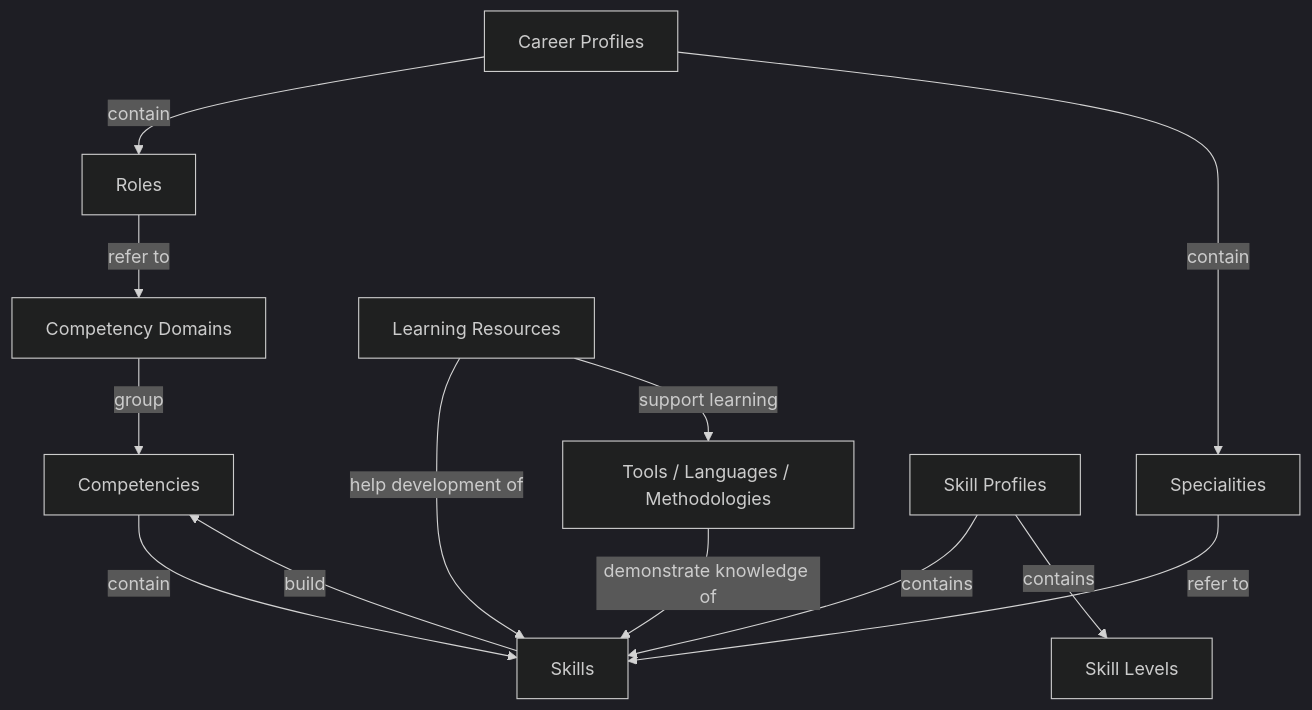
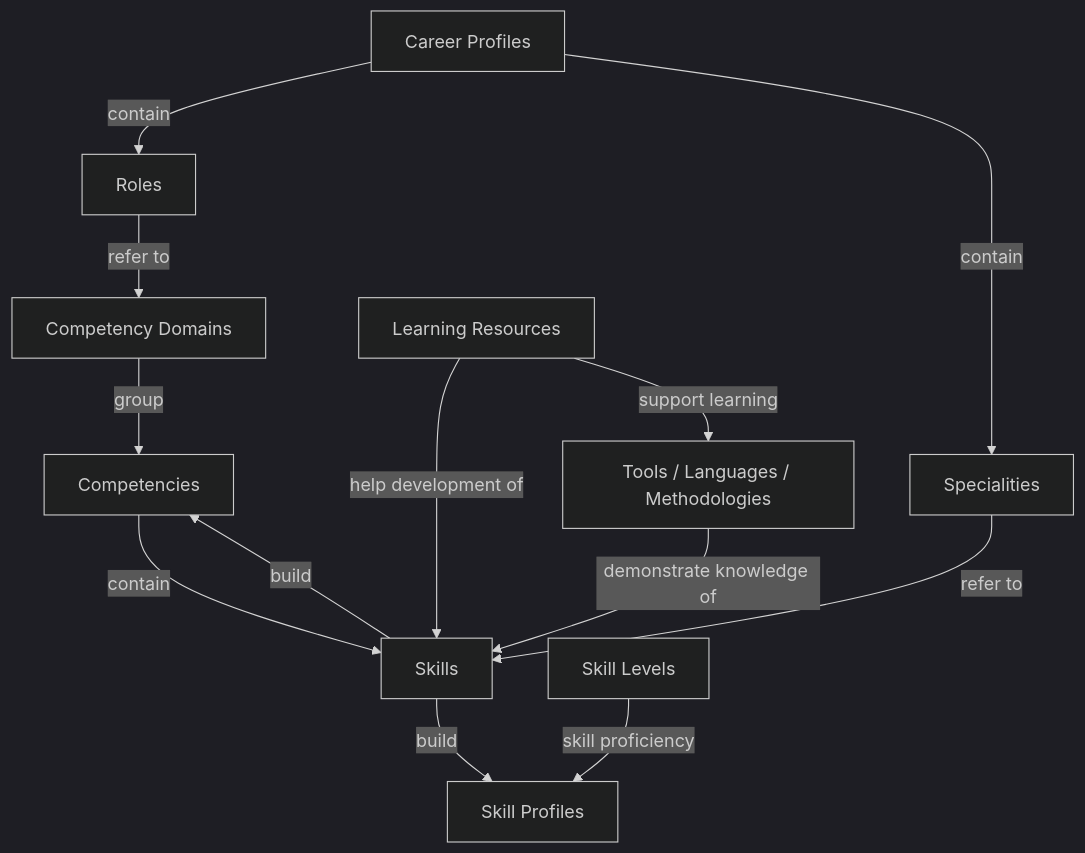
Before and after one commit to direct-framework/digital-research-competencies-framework: the diagram in framework/framework-diagram.md, drawn with Mermaid (dark theme).

Commit message:
Update relationships in framework diagram

````diff
--- a/framework/framework-diagram.md
+++ b/framework/framework-diagram.md
@@ -12,27 +12,27 @@
 ```mermaid
 flowchart TD
 CD[Competency Domains]
 C[Competencies]
 Sk[Skills]
 SL[Skill Levels]
 TLM[Tools / Languages / Methodologies]
 LR[Learning Resources]
 R[Roles]
 Spec[Specialities]
 CP[Career Profiles]
 SP[Skill Profiles]
 
 
 CD -- group --> C
 C -- contain --> Sk
 Sk -- build --> C
 TLM -- demonstrate knowledge of --> Sk
 LR -- help development of --> Sk
 LR -- support learning --> TLM
 CP -- contain --> R
 CP -- contain --> Spec
 R -- refer to --> CD
 Spec -- refer to --> Sk
-SP -- contains --> Sk
-SP -- contains --> SL
+Sk -- build --> SP
+SL -- skill proficiency --> SP
 ```
````
